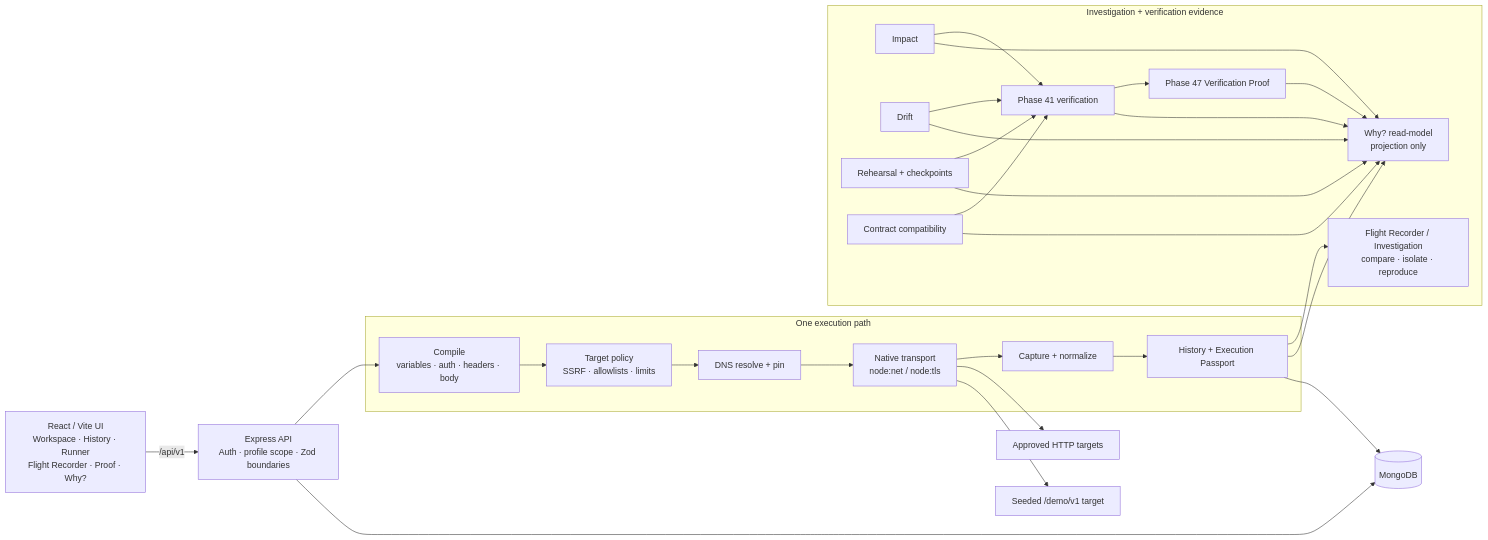
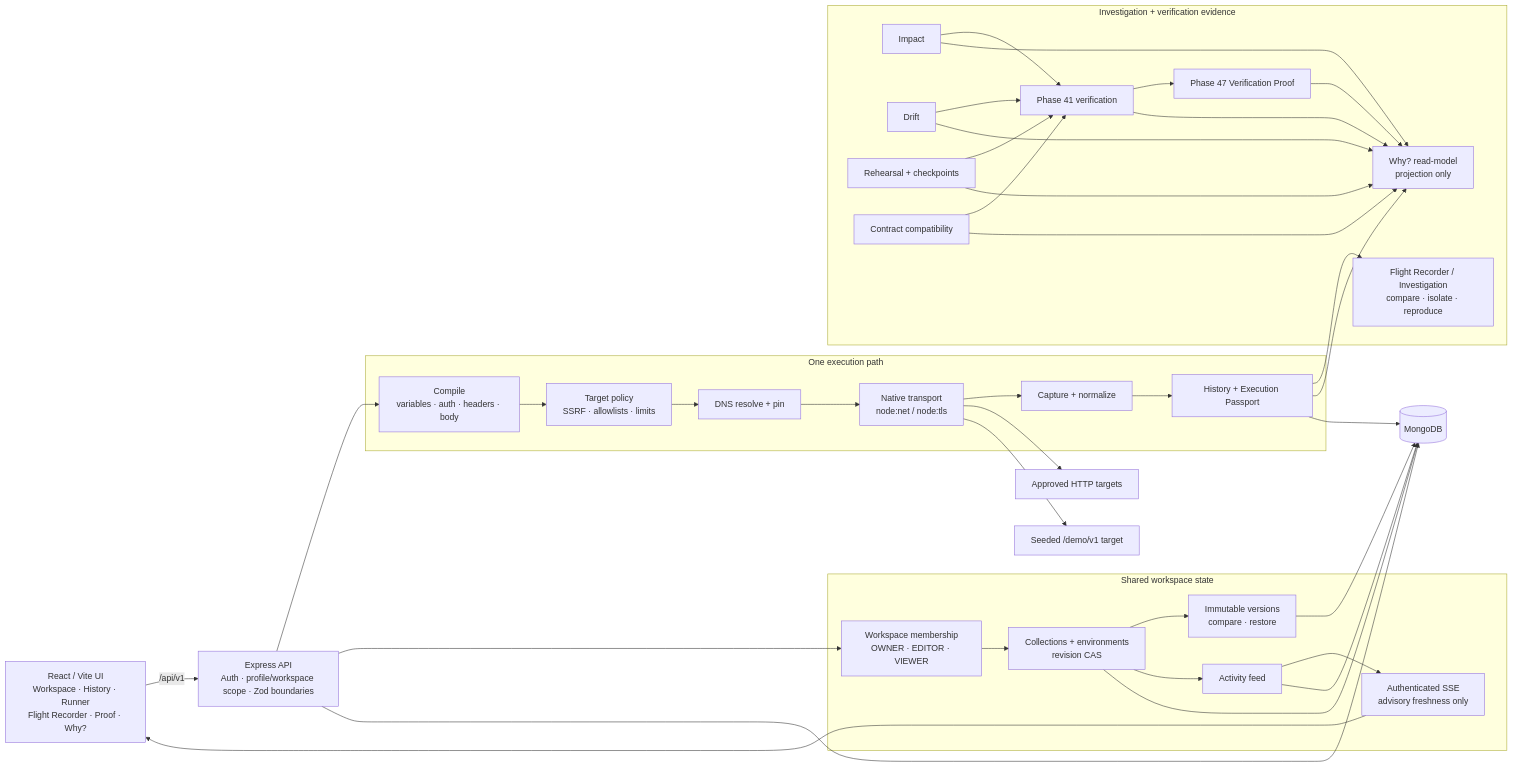
Before and after one commit to Sathvikar01/coderepo-react-node-postman: the first of 3 diagrams in README.md, drawn with Mermaid. The commit also changed other lines of this file, not shown here.

Commit message:
docs: surface live collaboration in reviewer architecture

````diff
--- a/README.md
+++ b/README.md
@@ -198,50 +200,67 @@
 ```mermaid
 flowchart LR
     UI["React / Vite UI<br/>Workspace · History · Runner<br/>Flight Recorder · Proof · Why?"]
-    API["Express API<br/>Auth · profile scope · Zod boundaries"]
+    API["Express API<br/>Auth · profile/workspace scope · Zod boundaries"]
 
     subgraph CORE["One execution path"]
       COMP["Compile<br/>variables · auth · headers · body"]
       POL["Target policy<br/>SSRF · allowlists · limits"]
       DNS["DNS resolve + pin"]
       NET["Native transport<br/>node:net / node:tls"]
       CAP["Capture + normalize"]
       HIST["History + Execution Passport"]
       COMP --> POL --> DNS --> NET --> CAP --> HIST
+    end
+
+    subgraph COLLAB["Shared workspace state"]
+      WS["Workspace membership<br/>OWNER · EDITOR · VIEWER"]
+      SAVED["Collections + environments<br/>revision CAS"]
+      VERS["Immutable versions<br/>compare · restore"]
+      LIVE["Authenticated SSE<br/>advisory freshness only"]
+      ACT["Activity feed"]
+      WS --> SAVED
+      SAVED --> VERS
+      SAVED --> ACT
+      ACT --> LIVE
     end
 
     subgraph EVID["Investigation + verification evidence"]
       INV["Flight Recorder / Investigation<br/>compare · isolate · reproduce"]
       IMP["Impact"]
       DRIFT["Drift"]
       REH["Rehearsal + checkpoints"]
       CONTRACT["Contract compatibility"]
       VERIFY["Phase 41 verification"]
       PROOF["Phase 47 Verification Proof"]
       WHY["Why? read-model<br/>projection only"]
       IMP --> VERIFY
       DRIFT --> VERIFY
       REH --> VERIFY
       CONTRACT --> VERIFY
       VERIFY --> PROOF
       HIST --> INV
       HIST --> WHY
       IMP --> WHY
       DRIFT --> WHY
       REH --> WHY
       CONTRACT --> WHY
       VERIFY --> WHY
       PROOF --> WHY
     end
 
     DB[("MongoDB")]
     TARGET["Approved HTTP targets"]
     DEMO["Seeded /demo/v1 target"]
 
     UI -->|/api/v1| API
     API --> COMP
+    API --> WS
+    LIVE --> UI
+    SAVED --> DB
+    VERS --> DB
+    ACT --> DB
     HIST --> DB
     API --> DB
     NET --> TARGET
     NET --> DEMO
 ```
````
